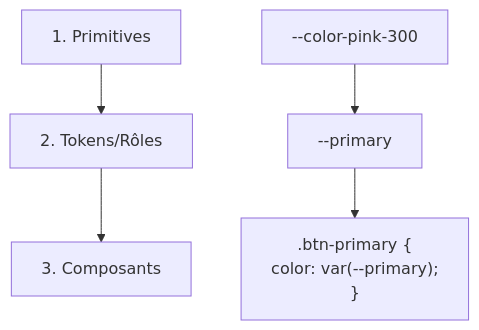
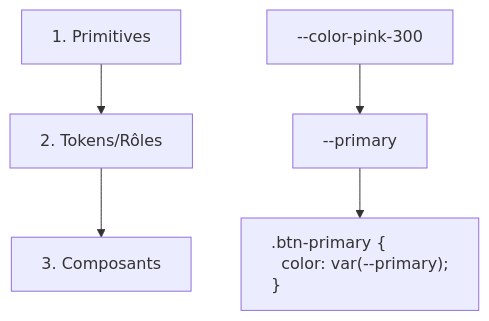
Before and after one commit to alsacreations/kiwipedia: the diagram in guidelines/css.md, drawn with Mermaid.

Commit message:
docs(css): améliore la clarté de l'architecture à trois niveaux avec un formatage HTML

````diff
--- a/guidelines/css.md
+++ b/guidelines/css.md
@@ -271,8 +271,11 @@
 ```mermaid
+%%{init: {'flowchart': {'htmlLabels': true}} }%%
 graph TD
     A[1. Primitives] --> B[2. Tokens/Rôles]
     B --> C[3. Composants]
 
     A1[--color-pink-300] --> B1[--primary]
-    B1 --> C1[".btn-primary {<br/>  color: var(--primary);<br/>}"]
+    B1 --> C1["<div style='text-align:left;white-space:pre;line-height:1.3'>.btn-primary {<br/>  color: var(--primary);<br/>}</div>"]
+
+    style C1 text-align:left
 ```
````
